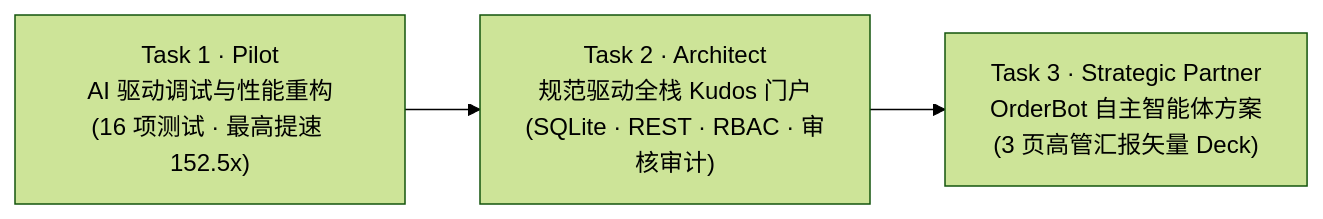
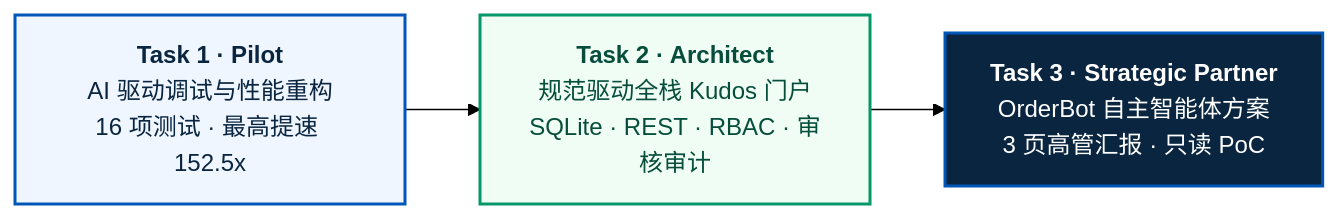
Before and after one commit to Shadows-Zed/datacom-automation-ai-accelerator: the diagram in README.zh-CN.md, drawn with Mermaid (forest theme). The commit also changed 3 other files, not shown here.

Commit message:
chore: polish Mermaid diagrams, trim UI screenshot, and upgrade CI to Node 24 actions

````diff
--- a/README.zh-CN.md
+++ b/README.zh-CN.md
@@ -16,8 +16,12 @@
 ```mermaid
 flowchart LR
-    T1["Task 1 · Pilot\nAI 驱动调试与性能重构\n(16 项测试 · 最高提速 152.5x)"]
-    T2["Task 2 · Architect\n规范驱动全栈 Kudos 门户\n(SQLite · REST · RBAC · 审核审计)"]
-    T3["Task 3 · Strategic Partner\nOrderBot 自主智能体方案\n(3 页高管汇报矢量 Deck)"]
+    T1["<b>Task 1 · Pilot</b><br/>AI 驱动调试与性能重构<br/>16 项测试 · 最高提速 152.5x"]
+    T2["<b>Task 2 · Architect</b><br/>规范驱动全栈 Kudos 门户<br/>SQLite · REST · RBAC · 审核审计"]
+    T3["<b>Task 3 · Strategic Partner</b><br/>OrderBot 自主智能体方案<br/>3 页高管汇报 · 只读 PoC"]
 
     T1 --> T2 --> T3
+
+    style T1 fill:#EFF6FF,stroke:#0057B8,stroke-width:2px,color:#0A2540
+    style T2 fill:#F0FDF4,stroke:#059669,stroke-width:2px,color:#064E3B
+    style T3 fill:#0A2540,stroke:#0057B8,stroke-width:2px,color:#FFFFFF
 ```
````
